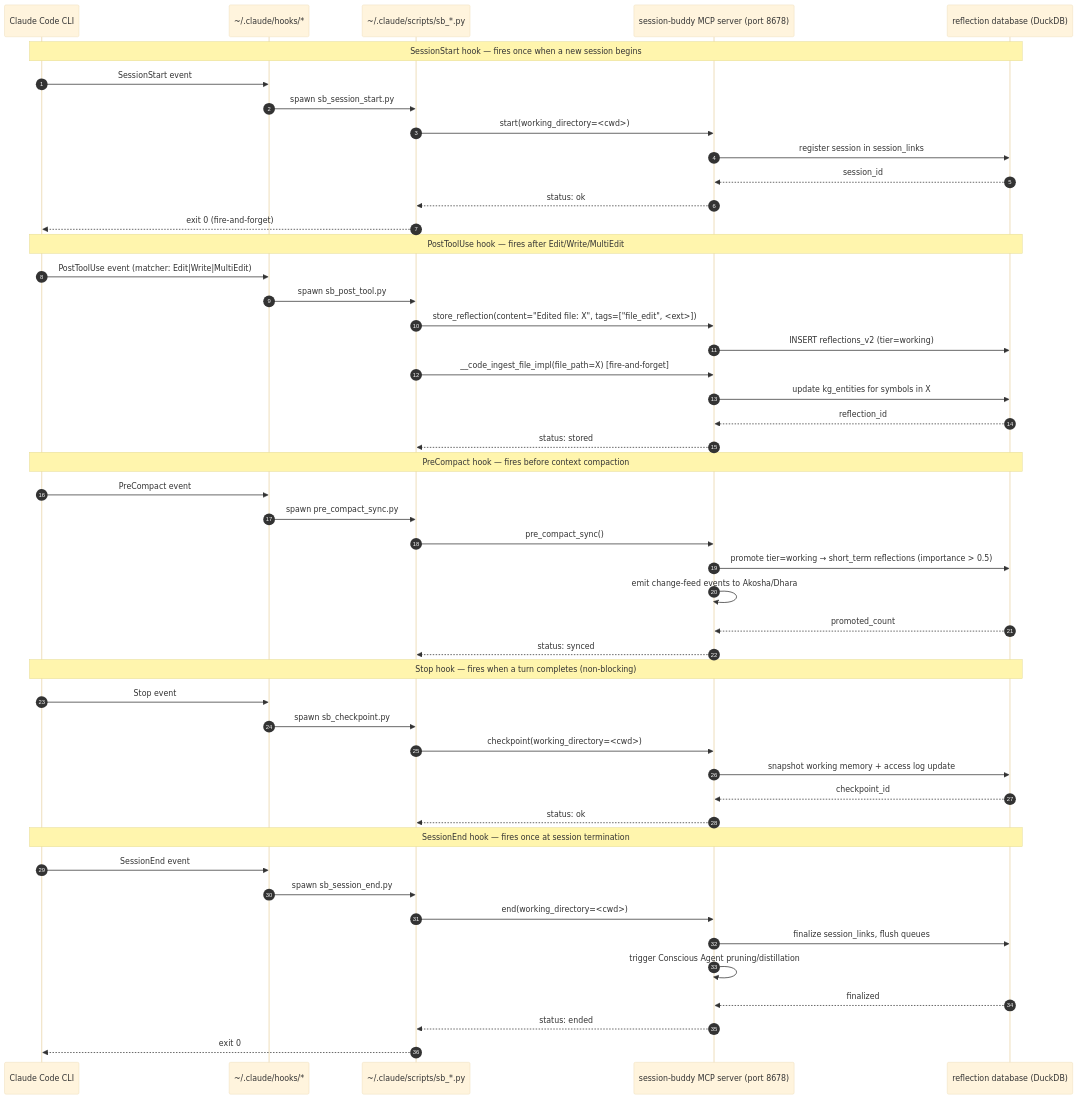
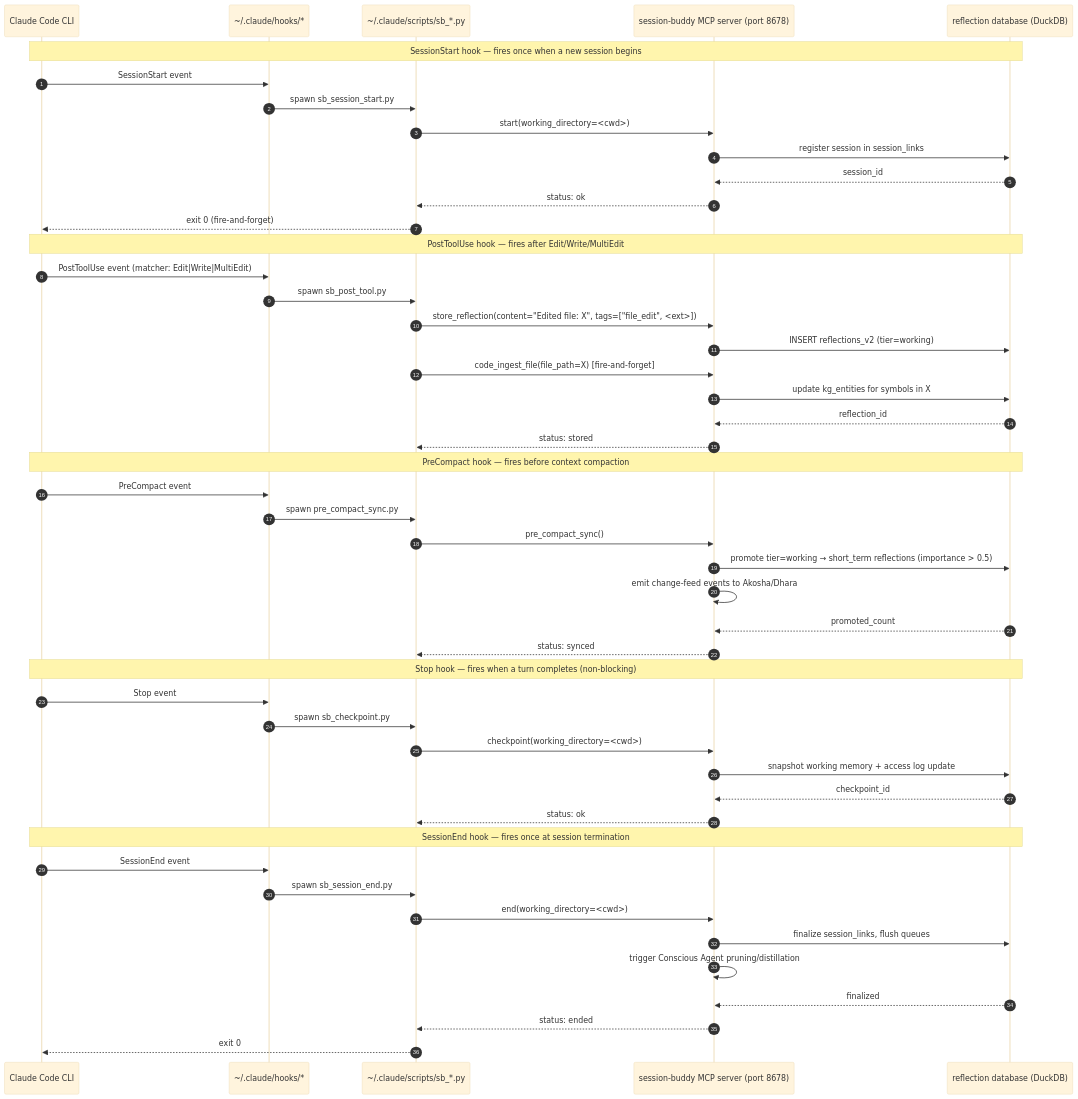
Before and after one commit to lesleslie/session-buddy: the second of 2 diagrams in docs/architecture/MEMORY_ARCHITECTURE.md, drawn with Mermaid (base theme).

Commit message:
fix(session-buddy): rename __code_ingest_file_impl to public code_ingest_file

````diff
--- a/docs/architecture/MEMORY_ARCHITECTURE.md
+++ b/docs/architecture/MEMORY_ARCHITECTURE.md
@@ -216,55 +216,55 @@
 ```mermaid
 sequenceDiagram
     autonumber
     participant CC as Claude Code CLI
     participant HK as ~/.claude/hooks/*
     participant SCR as ~/.claude/scripts/sb_*.py
     participant MCP as session-buddy MCP server (port 8678)
     participant DB as reflection database (DuckDB)
 
     Note over CC,DB: SessionStart hook — fires once when a new session begins
     CC->>HK: SessionStart event
     HK->>SCR: spawn sb_session_start.py
     SCR->>MCP: start(working_directory=<cwd>)
     MCP->>DB: register session in session_links
     DB-->>MCP: session_id
     MCP-->>SCR: status: ok
     SCR-->>CC: exit 0 (fire-and-forget)
 
     Note over CC,DB: PostToolUse hook — fires after Edit/Write/MultiEdit
     CC->>HK: PostToolUse event (matcher: Edit|Write|MultiEdit)
     HK->>SCR: spawn sb_post_tool.py
     SCR->>MCP: store_reflection(content="Edited file: X", tags=["file_edit", <ext>])
     MCP->>DB: INSERT reflections_v2 (tier=working)
-    SCR->>MCP: __code_ingest_file_impl(file_path=X) [fire-and-forget]
+    SCR->>MCP: code_ingest_file(file_path=X) [fire-and-forget]
     MCP->>DB: update kg_entities for symbols in X
     DB-->>MCP: reflection_id
     MCP-->>SCR: status: stored
 
     Note over CC,DB: PreCompact hook — fires before context compaction
     CC->>HK: PreCompact event
     HK->>SCR: spawn pre_compact_sync.py
     SCR->>MCP: pre_compact_sync()
     MCP->>DB: promote tier=working → short_term reflections (importance > 0.5)
     MCP->>MCP: emit change-feed events to Akosha/Dhara
     DB-->>MCP: promoted_count
     MCP-->>SCR: status: synced
 
     Note over CC,DB: Stop hook — fires when a turn completes (non-blocking)
     CC->>HK: Stop event
     HK->>SCR: spawn sb_checkpoint.py
     SCR->>MCP: checkpoint(working_directory=<cwd>)
     MCP->>DB: snapshot working memory + access log update
     DB-->>MCP: checkpoint_id
     MCP-->>SCR: status: ok
 
     Note over CC,DB: SessionEnd hook — fires once at session termination
     CC->>HK: SessionEnd event
     HK->>SCR: spawn sb_session_end.py
     SCR->>MCP: end(working_directory=<cwd>)
     MCP->>DB: finalize session_links, flush queues
     MCP->>MCP: trigger Conscious Agent pruning/distillation
     DB-->>MCP: finalized
     MCP-->>SCR: status: ended
     SCR-->>CC: exit 0
 ```
````
